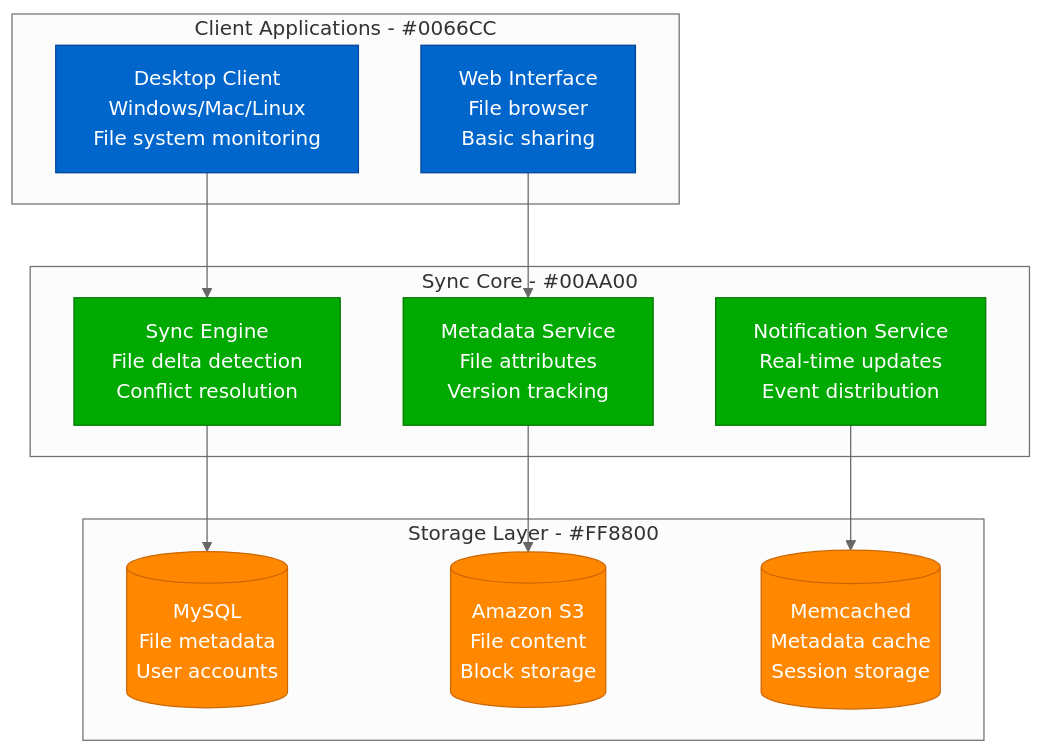
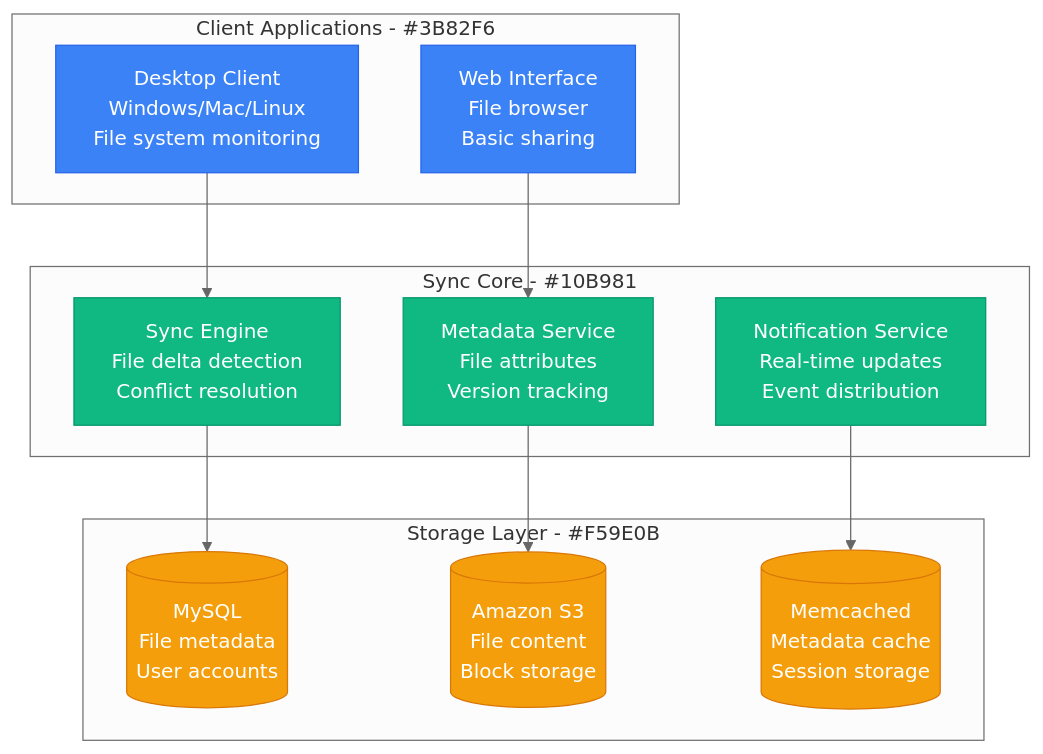
One commit to deepaucksharma/DS changed the first of 3 diagrams in site/docs/scaling/dropbox-scale-evolution.md. Above: the diagram before and after it, drawn with Mermaid (neutral theme). The commit also changed other lines of this file and 187 other files, not shown here.

````diff
--- a/site/docs/scaling/dropbox-scale-evolution.md
+++ b/site/docs/scaling/dropbox-scale-evolution.md
@@ -17,33 +17,33 @@
 ```mermaid
 graph TB
-    subgraph ClientApps[Client Applications - #0066CC]
+    subgraph ClientApps[Client Applications - #3B82F6]
         DESKTOP[Desktop Client<br/>Windows/Mac/Linux<br/>File system monitoring]
         WEB[Web Interface<br/>File browser<br/>Basic sharing]
     end
 
-    subgraph SyncCore[Sync Core - #00AA00]
+    subgraph SyncCore[Sync Core - #10B981]
         SYNC_ENGINE[Sync Engine<br/>File delta detection<br/>Conflict resolution]
         METADATA_SVC[Metadata Service<br/>File attributes<br/>Version tracking]
         NOTIFICATION_SVC[Notification Service<br/>Real-time updates<br/>Event distribution]
     end
 
-    subgraph StorageLayer[Storage Layer - #FF8800]
+    subgraph StorageLayer[Storage Layer - #F59E0B]
         MYSQL[(MySQL<br/>File metadata<br/>User accounts)]
         S3[(Amazon S3<br/>File content<br/>Block storage)]
         MEMCACHED[(Memcached<br/>Metadata cache<br/>Session storage)]
     end
 
     DESKTOP --> SYNC_ENGINE
     WEB --> METADATA_SVC
     SYNC_ENGINE --> MYSQL
     METADATA_SVC --> S3
     NOTIFICATION_SVC --> MEMCACHED
 
-    classDef clientStyle fill:#0066CC,stroke:#004499,color:#fff
-    classDef syncStyle fill:#00AA00,stroke:#007700,color:#fff
-    classDef storageStyle fill:#FF8800,stroke:#CC6600,color:#fff
+    classDef clientStyle fill:#3B82F6,stroke:#2563EB,color:#fff
+    classDef syncStyle fill:#10B981,stroke:#059669,color:#fff
+    classDef storageStyle fill:#F59E0B,stroke:#D97706,color:#fff
 
     class DESKTOP,WEB clientStyle
     class SYNC_ENGINE,METADATA_SVC,NOTIFICATION_SVC syncStyle
     class MYSQL,S3,MEMCACHED storageStyle
 ```
````
